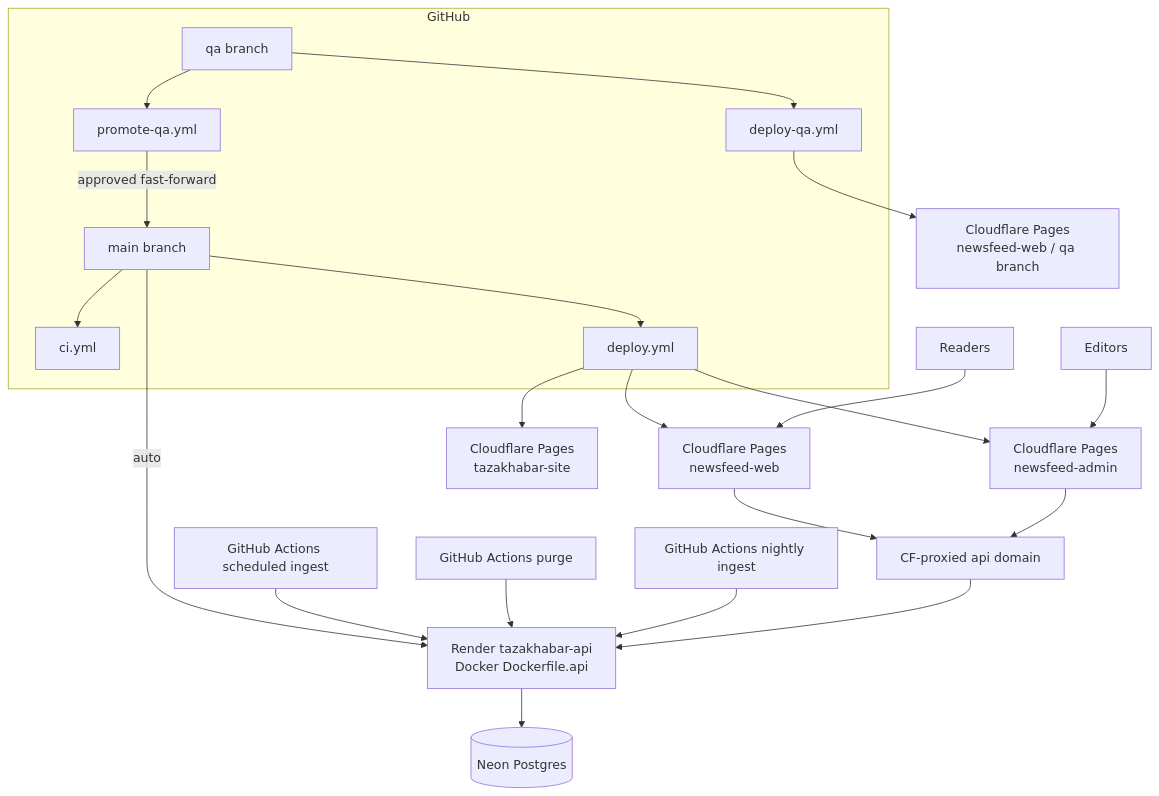
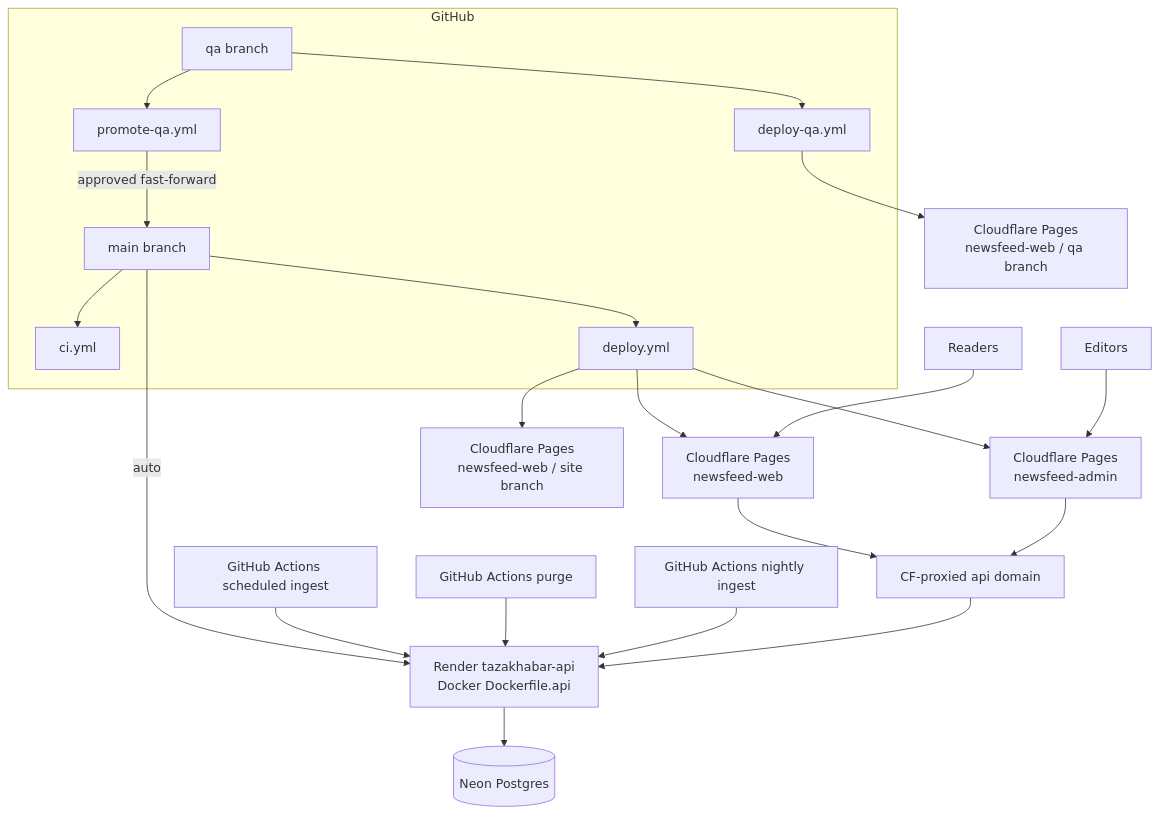
The diagram in docs/architecture/08-hosting-and-ci.md (sshivanshg/TAZAkhabar), drawn with Mermaid before and after one commit. The commit also changed other lines of this file and 91 other files, not shown here.

````diff
--- a/docs/architecture/08-hosting-and-ci.md
+++ b/docs/architecture/08-hosting-and-ci.md
@@ -17,31 +17,31 @@
 ```mermaid
 flowchart TB
   subgraph gh [GitHub]
     QA[qa branch]
     Main[main branch]
     CI[ci.yml]
     Deploy[deploy.yml]
     DeployQA[deploy-qa.yml]
     PromoteQA[promote-qa.yml]
   end
 
   QA --> DeployQA
   QA --> PromoteQA
   PromoteQA -->|approved fast-forward| Main
   Main --> CI
   Main -->|auto| Render[Render tazakhabar-api<br/>Docker Dockerfile.api]
   Main --> Deploy
   Deploy --> PagesWeb[Cloudflare Pages<br/>newsfeed-web]
   DeployQA --> PagesWebQA[Cloudflare Pages<br/>newsfeed-web / qa branch]
-  Deploy --> PagesSite[Cloudflare Pages<br/>tazakhabar-site]
+  Deploy --> PagesSite[Cloudflare Pages<br/>newsfeed-web / site branch]
   Deploy --> PagesAdmin[Cloudflare Pages<br/>newsfeed-admin]
   Render --> Neon[(Neon Postgres)]
   GHAIngest[GitHub Actions scheduled ingest] --> Render
   GHAPurge[GitHub Actions purge] --> Render
   CronDaily[GitHub Actions nightly ingest] --> Render
   Readers[Readers] --> PagesWeb
   Editors[Editors] --> PagesAdmin
   PagesWeb --> CFAPI[CF-proxied api domain]
   PagesAdmin --> CFAPI
   CFAPI --> Render
 ```
````
